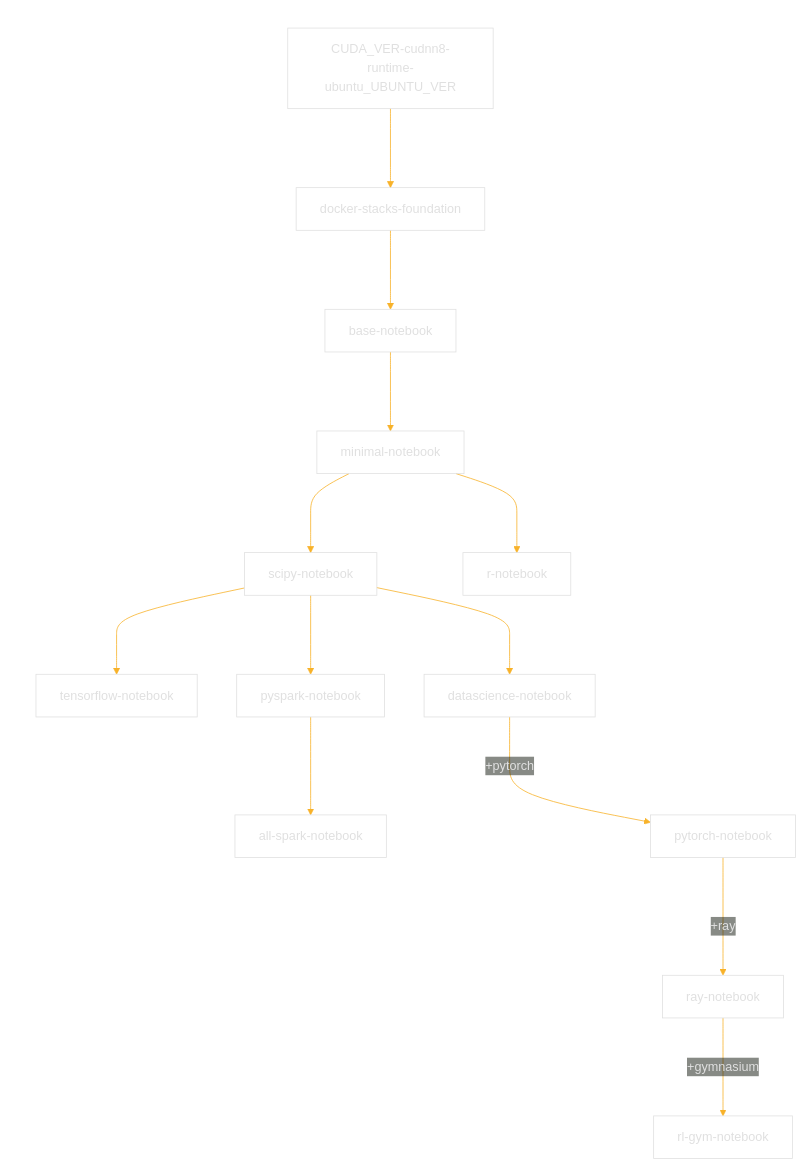
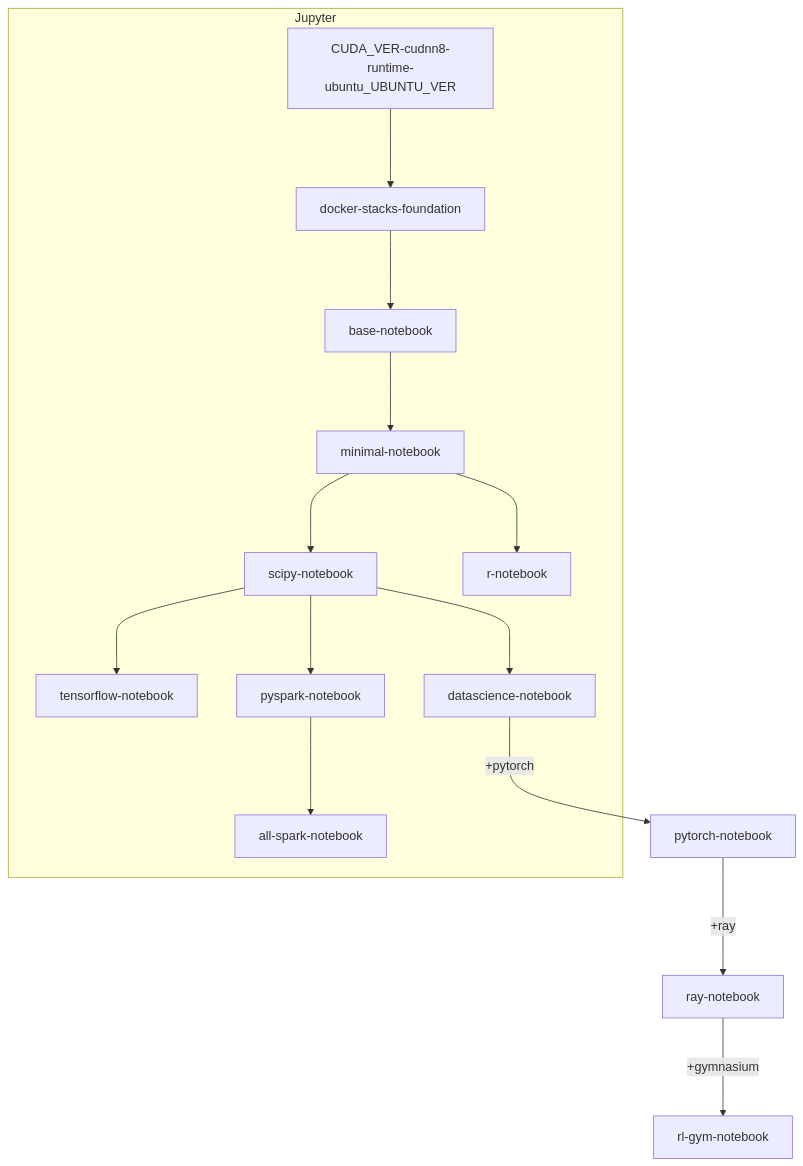
One commit to sdwalker62/MachineLearningLab changed the diagram in README.md. Above: the diagram before and after it, drawn with Mermaid.

````diff
--- a/README.md
+++ b/README.md
@@ -5,18 +5,17 @@
 ```mermaid
-%%{ init: { 'theme': 'base', 'themeVariables': { 'primaryColor': '#0d111700', 'primaryTextColor': '#e0e0e0', 'primaryBorderColor': '#e0e0e0', 'lineColor': '#F8B229'} } }%%
 flowchart TD
   subgraph Jupyter
   CUDA_VER-cudnn8-runtime-ubuntu_UBUNTU_VER ---> docker-stacks-foundation
   docker-stacks-foundation ---> base-notebook
   base-notebook ---> minimal-notebook
   minimal-notebook ---> scipy-notebook
   minimal-notebook ---> r-notebook
   scipy-notebook ---> tensorflow-notebook
   scipy-notebook ---> datascience-notebook
   scipy-notebook ---> pyspark-notebook 
   pyspark-notebook ---> all-spark-notebook
   end
   datascience-notebook ---> |+pytorch| pytorch-notebook
   pytorch-notebook ---> |+ray| ray-notebook
   ray-notebook ---> |+gymnasium| rl-gym-notebook
 ```
````
